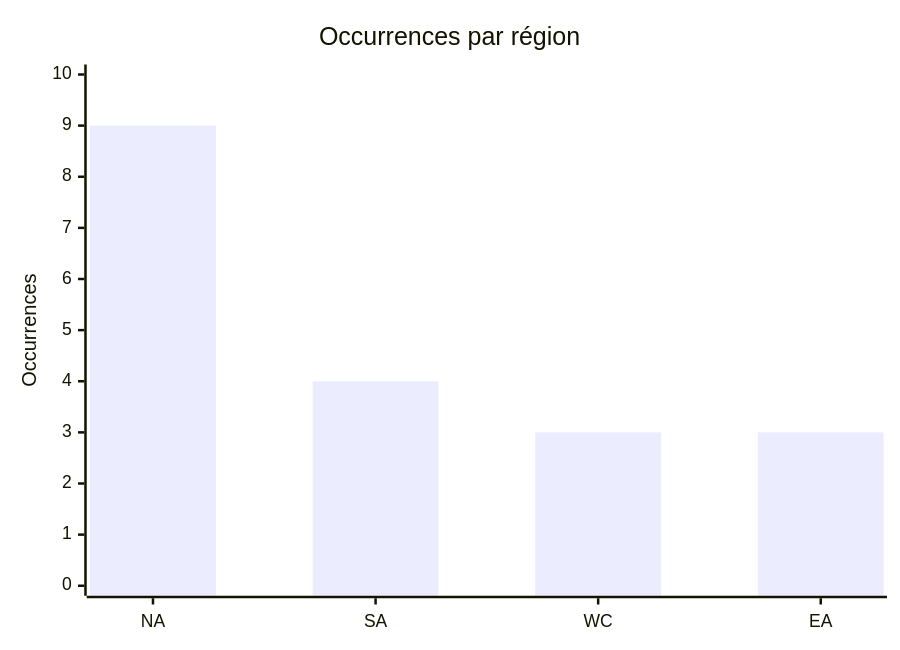
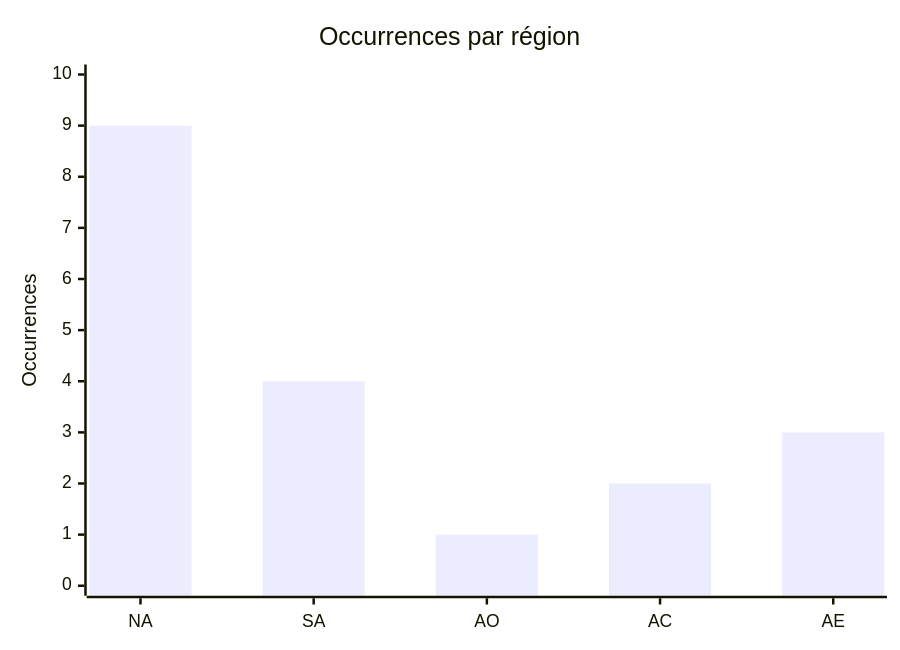
The third of 4 diagrams in CyberAttackAfrica/2025/10-october/README_FR.md (Hatchepsoute/AFRINTEL), drawn with Mermaid before and after one commit. The commit also changed other lines of this file and 109 other files, not shown here.

````diff
--- a/CyberAttackAfrica/2025/10-october/README_FR.md
+++ b/CyberAttackAfrica/2025/10-october/README_FR.md
@@ -169,7 +170,7 @@
 ```mermaid
 xychart
     title "Occurrences par région"
-    x-axis ["NA","SA","WC","EA"]
+    x-axis ["NA","SA","AO","AC","AE"]
     y-axis "Occurrences" 0 --> 10
-    bar [9,4,3,3]
+    bar [9,4,1,2,3]
 ```
````
